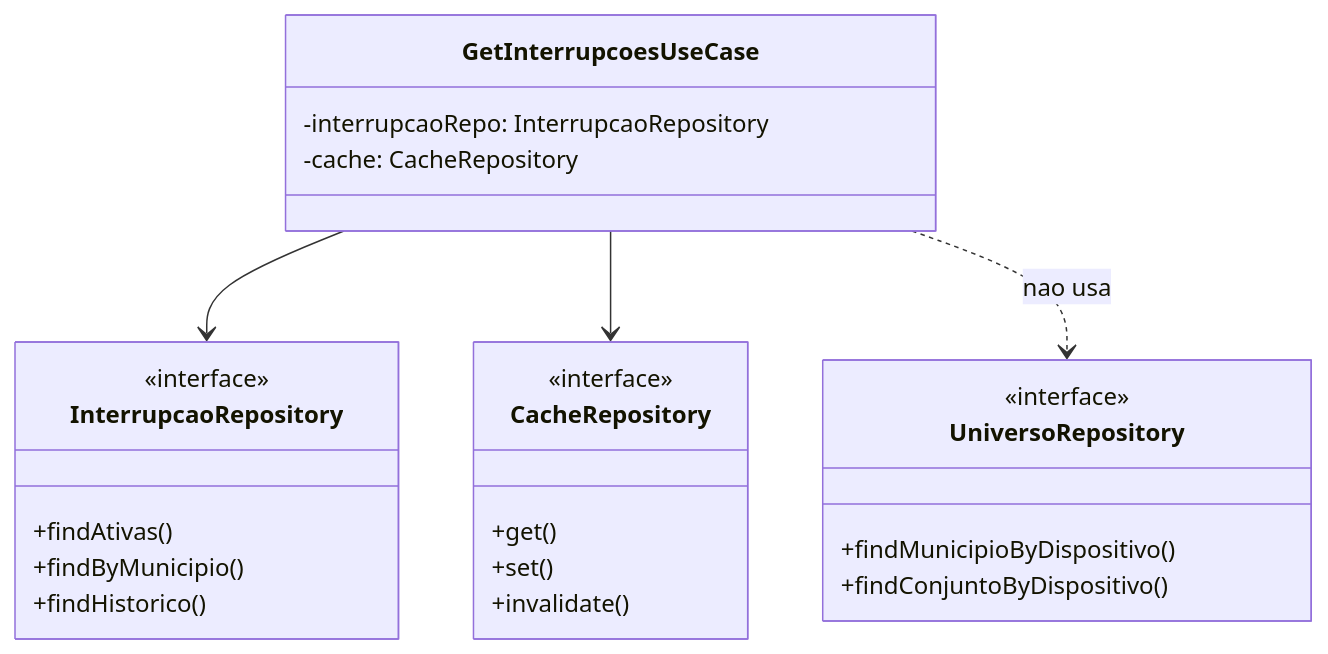
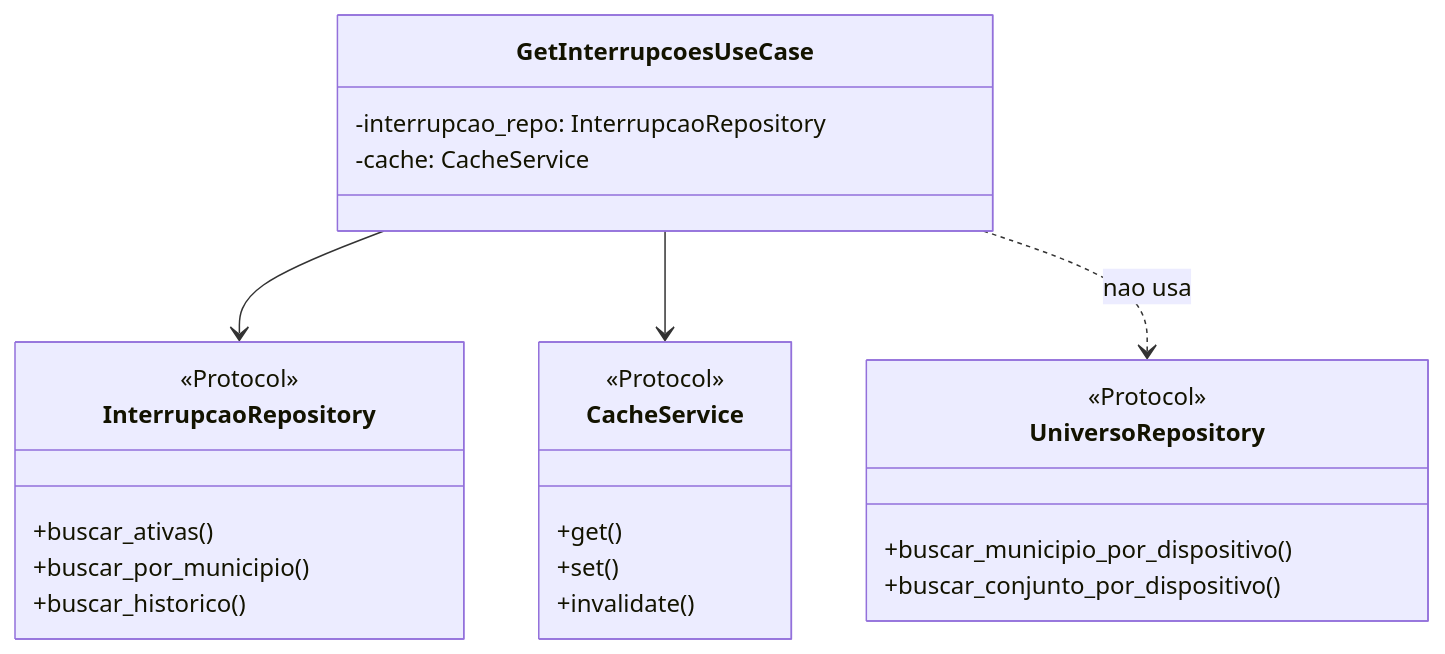
The third of 4 diagrams in docs/development/02-solid-principles.md (devenergia/radar), drawn with Mermaid before and after one commit. The commit also changed other lines of this file and 5 other files, not shown here.

````diff
--- a/docs/development/02-solid-principles.md
+++ b/docs/development/02-solid-principles.md
@@ -283,31 +325,31 @@
 ```mermaid
 classDiagram
     class InterrupcaoRepository {
-        <<interface>>
-        +findAtivas()
-        +findByMunicipio()
-        +findHistorico()
+        <<Protocol>>
+        +buscar_ativas()
+        +buscar_por_municipio()
+        +buscar_historico()
     }
 
     class UniversoRepository {
-        <<interface>>
-        +findMunicipioByDispositivo()
-        +findConjuntoByDispositivo()
+        <<Protocol>>
+        +buscar_municipio_por_dispositivo()
+        +buscar_conjunto_por_dispositivo()
     }
 
-    class CacheRepository {
-        <<interface>>
+    class CacheService {
+        <<Protocol>>
         +get()
         +set()
         +invalidate()
     }
 
     class GetInterrupcoesUseCase {
-        -interrupcaoRepo: InterrupcaoRepository
-        -cache: CacheRepository
+        -interrupcao_repo: InterrupcaoRepository
+        -cache: CacheService
     }
 
     GetInterrupcoesUseCase --> InterrupcaoRepository
-    GetInterrupcoesUseCase --> CacheRepository
+    GetInterrupcoesUseCase --> CacheService
     GetInterrupcoesUseCase ..> UniversoRepository : nao usa
 ```
````
